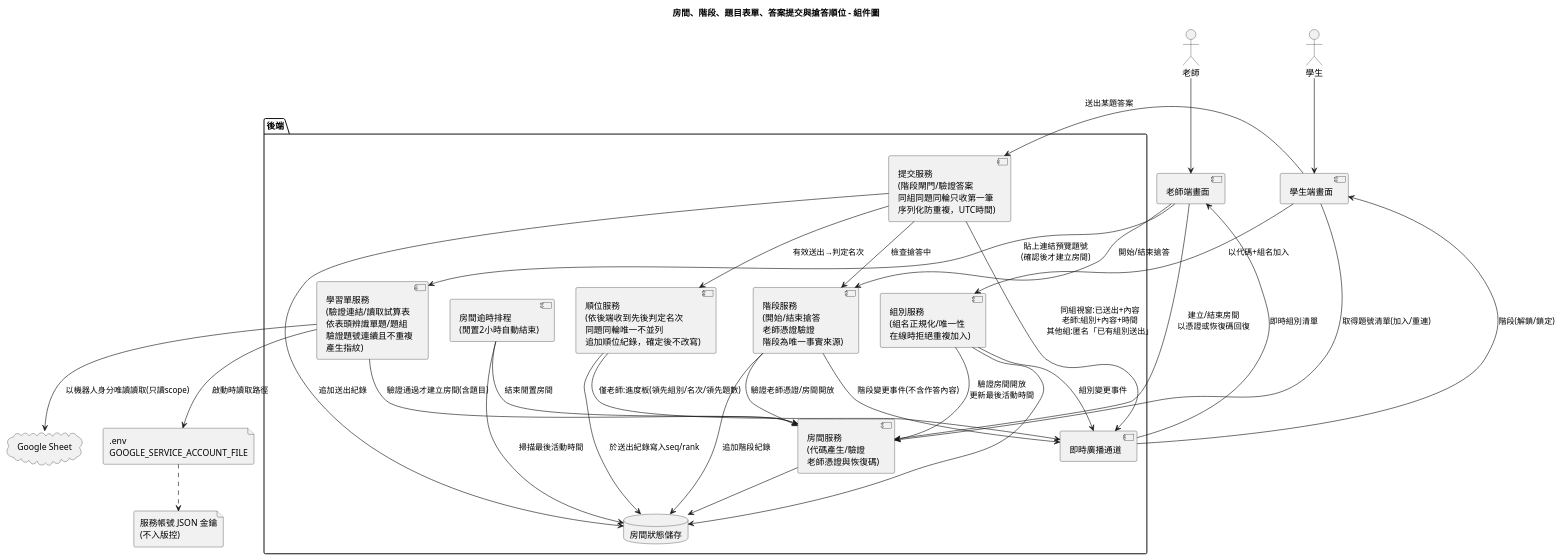
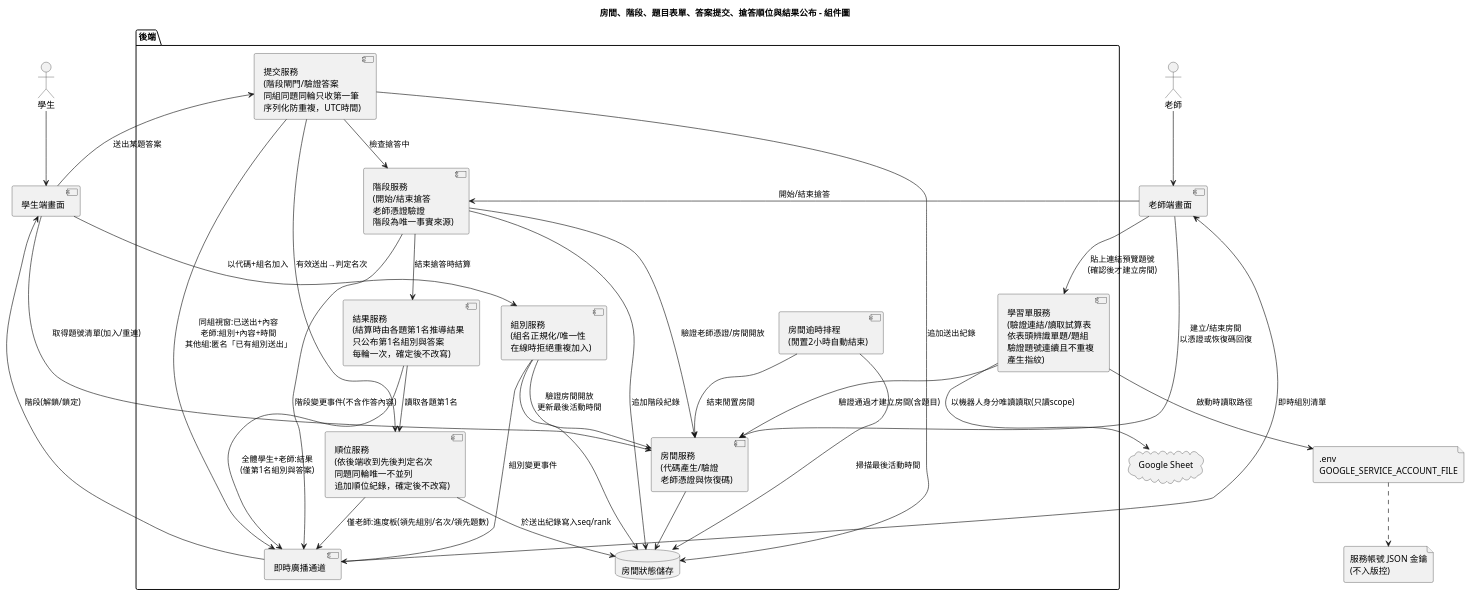
The diagram in diagrams/component.puml (lin900822/ncu-se-final), drawn with PlantUML before and after one commit. The commit also changed 29 other files, not shown here.

```diff
--- a/diagrams/component.puml
+++ b/diagrams/component.puml
@@ -1,50 +1,54 @@
 @startuml component
-title 房間、階段、題目表單、答案提交與搶答順位 - 組件圖
+title 房間、階段、題目表單、答案提交、搶答順位與結果公布 - 組件圖
 actor 老師
 actor 學生
 component "老師端畫面" as TUI
 component "學生端畫面" as SUI
 package "後端" {
   component "房間服務\n(代碼產生/驗證\n老師憑證與恢復碼)" as RoomSvc
   component "組別服務\n(組名正規化/唯一性\n在線時拒絕重複加入)" as GroupSvc
   component "學習單服務\n(驗證連結/讀取試算表\n依表頭辨識單題/題組\n驗證題號連續且不重複\n產生指紋)" as SheetSvc
   component "提交服務\n(階段閘門/驗證答案\n同組同題同輪只收第一筆\n序列化防重複，UTC時間)" as SubmitSvc
   component "順位服務\n(依後端收到先後判定名次\n同題同輪唯一不並列\n追加順位紀錄，確定後不改寫)" as RankSvc
+  component "結果服務\n(結算時由各題第1名推導結果\n只公布第1名組別與答案\n每輪一次，確定後不改寫)" as ResultSvc
   component "階段服務\n(開始/結束搶答\n老師憑證驗證\n階段為唯一事實來源)" as PhaseSvc
   component "房間逾時排程\n(閒置2小時自動結束)" as Expiry
   component "即時廣播通道" as Realtime
   database "房間狀態儲存" as Store
 }
 file ".env\nGOOGLE_SERVICE_ACCOUNT_FILE" as Env
 file "服務帳號 JSON 金鑰\n(不入版控)" as Key
 cloud "Google Sheet" as Sheets
 老師 --> TUI
 學生 --> SUI
 TUI --> SheetSvc : 貼上連結預覽題號\n(確認後才建立房間)
 SheetSvc --> RoomSvc : 驗證通過才建立房間(含題目)
 SheetSvc --> Env : 啟動時讀取路徑
 Env ..> Key
 SheetSvc --> Sheets : 以機器人身分唯讀讀取(只讀scope)
 SUI --> RoomSvc : 取得題號清單(加入/重連)
 SUI --> SubmitSvc : 送出某題答案
 SubmitSvc --> PhaseSvc : 檢查搶答中
 SubmitSvc --> Store : 追加送出紀錄
 SubmitSvc --> RankSvc : 有效送出→判定名次
 RankSvc --> Store : 於送出紀錄寫入seq/rank
 RankSvc --> Realtime : 僅老師:進度板(領先組別/名次/領先題數)
 SubmitSvc --> Realtime : 同組視窗:已送出+內容\n老師:組別+內容+時間\n其他組:匿名「已有組別送出」
+PhaseSvc --> ResultSvc : 結束搶答時結算
+ResultSvc --> Realtime : 全體學生+老師:結果\n(僅第1名組別與答案)
+ResultSvc --> RankSvc : 讀取各題第1名
 TUI --> PhaseSvc : 開始/結束搶答
 PhaseSvc --> RoomSvc : 驗證老師憑證/房間開放
 PhaseSvc --> Store : 追加階段紀錄
 PhaseSvc --> Realtime : 階段變更事件(不含作答內容)
 Realtime --> SUI : 階段(解鎖/鎖定)
 TUI --> RoomSvc : 建立/結束房間\n以憑證或恢復碼回復
 SUI --> GroupSvc : 以代碼+組名加入
 GroupSvc --> RoomSvc : 驗證房間開放\n更新最後活動時間
 RoomSvc --> Store
 GroupSvc --> Store
 Expiry --> RoomSvc : 結束閒置房間
 Expiry --> Store : 掃描最後活動時間
 GroupSvc --> Realtime : 組別變更事件
 Realtime --> TUI : 即時組別清單
 @enduml
```
